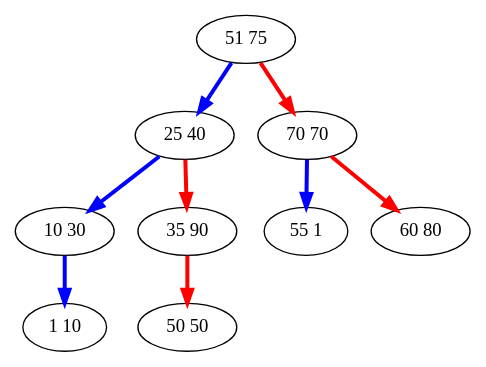
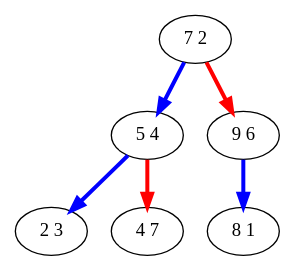
The diagram in tree.dot (rolton1999/kd_trees), drawn with Graphviz before and after one commit. The commit also changed 3 other files, not shown here.

```diff
--- a/tree.dot
+++ b/tree.dot
@@ -1,21 +1,15 @@
 digraph {
 # Nodes:
-	N0 [label="51 75"];
-	N1 [label="25 40"];
-	N2 [label="70 70"];
-	N3 [label="10 30"];
-	N4 [label="35 90"];
-	N5 [label="55 1"];
-	N6 [label="60 80"];
-	N7 [label="1 10"];
-	N8 [label="50 50"];
+	N0 [label="7 2"];
+	N1 [label="5 4"];
+	N2 [label="9 6"];
+	N3 [label="2 3"];
+	N4 [label="4 7"];
+	N5 [label="8 1"];
 # Links:
 	N0 -> N1[color=blue,penwidth=3.0];
 	N0 -> N2[color=red,penwidth=3.0];
 	N1 -> N3[color=blue,penwidth=3.0];
 	N1 -> N4[color=red,penwidth=3.0];
 	N2 -> N5[color=blue,penwidth=3.0];
-	N2 -> N6[color=red,penwidth=3.0];
-	N3 -> N7[color=blue,penwidth=3.0];
-	N4 -> N8[color=red,penwidth=3.0];
 }
```
